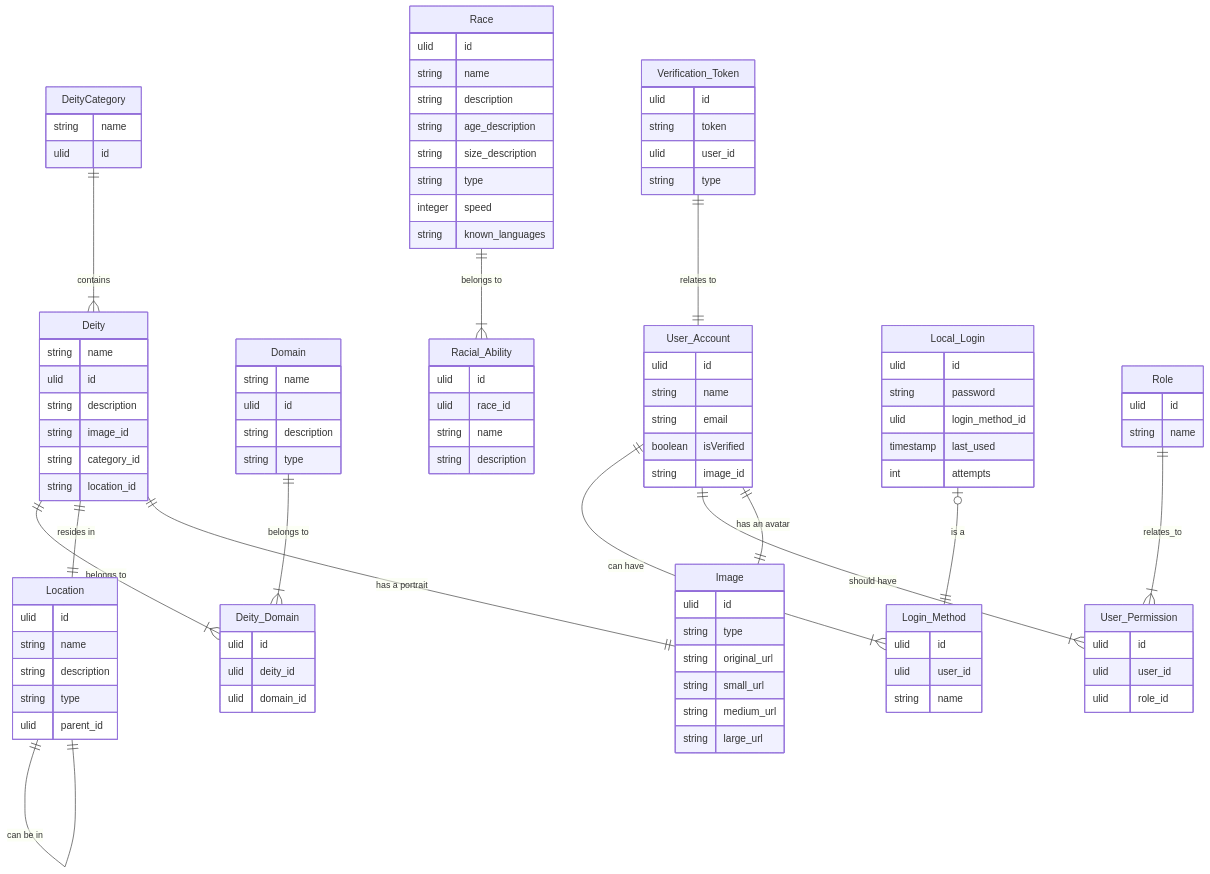
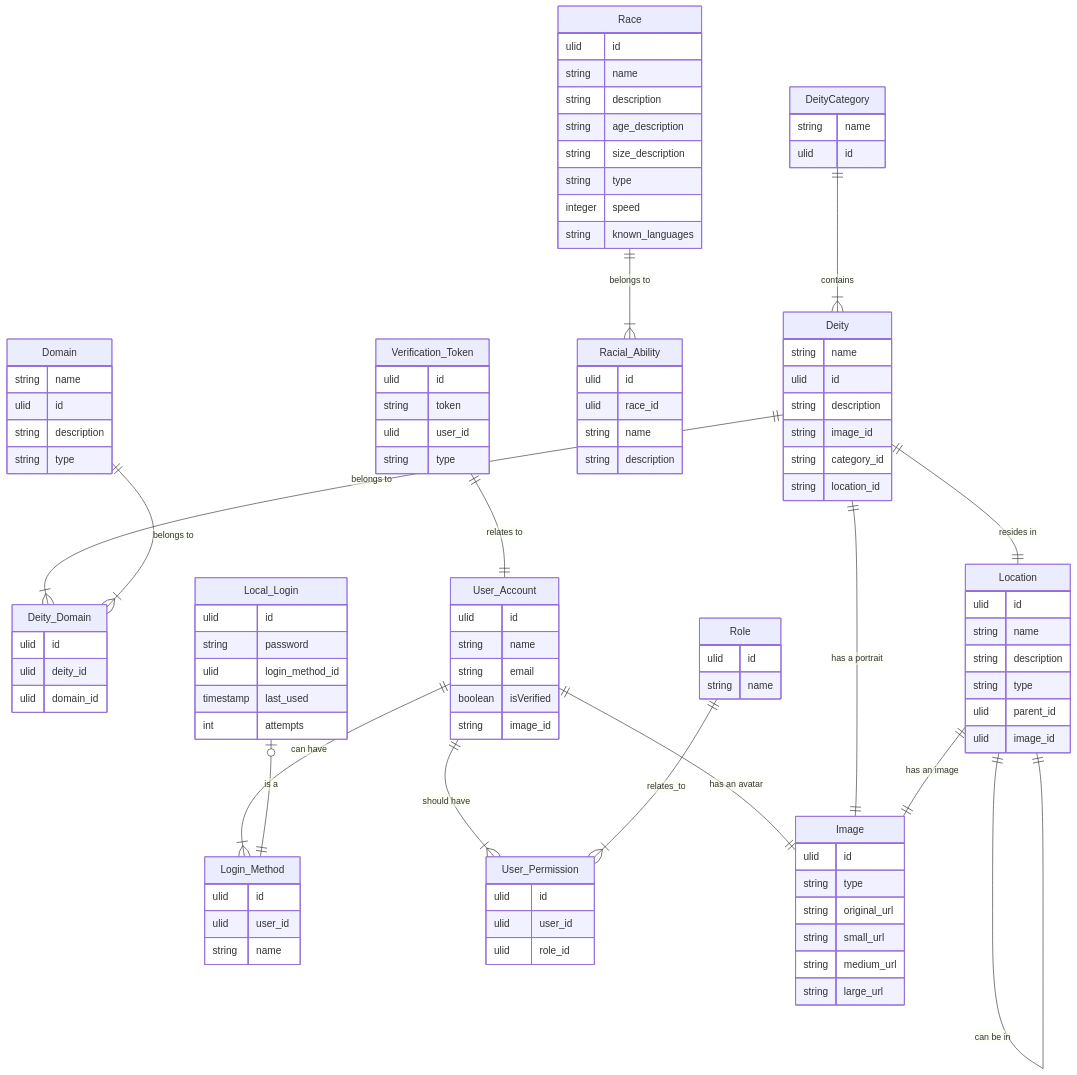
Before and after one commit to jmcdo29/unteris: the diagram in libs/db/migrations/diagram.mmd, drawn with Mermaid. The commit also changed 2 other files, not shown here.

Commit message:
docs: update db chart

```diff
--- a/libs/db/migrations/diagram.mmd
+++ b/libs/db/migrations/diagram.mmd
@@ -1,102 +1,104 @@
 erDiagram
     DeityCategory ||--|{ Deity : "contains"
     Deity ||--|{ Deity_Domain : "belongs to"
     Domain ||--|{ Deity_Domain : "belongs to"
     Deity ||--|| Location : "resides in"
     Race ||--|{ Racial_Ability : "belongs to"
     User_Account ||--|{ Login_Method : "can have"
     Local_Login |o--|| Login_Method : "is a"
     User_Account ||--|{ User_Permission : "should have"
     Verification_Token ||--|| User_Account : "relates to"
     Role ||--|{ User_Permission : "relates_to"
     User_Account ||--|| Image : "has an avatar"
     Deity ||--|| Image : "has a portrait"
     Location ||--|| Location : "can be in"
+    Location ||--||Image : "has an image"
     DeityCategory {
         string name
         ulid id
     }
     Deity {
         string name
         ulid id
         string description
         string image_id
         string category_id
         string location_id
     }
     Domain {
         string name
         ulid id
         string description
         string type
     }
     Deity_Domain {
         ulid id
         ulid deity_id
         ulid domain_id
     }
     Location {
         ulid id
         string name
         string description
         string type
         ulid parent_id
+        ulid image_id
     }
     Race {
         ulid id
         string name
         string description
         string age_description
         string size_description
         string type
         integer speed
         string known_languages
     }
     Racial_Ability {
         ulid id
         ulid race_id
         string name
         string description
     }
     User_Account {
         ulid id
         string name
         string email
         boolean isVerified
         string image_id
     }
     User_Permission {
         ulid id
         ulid user_id
         ulid role_id
     }
     Login_Method {
         ulid id
         ulid user_id
         string name
     }
     Local_Login {
         ulid id
         string password
         ulid login_method_id
         timestamp last_used
         int attempts
     }
     Role {
         ulid id
         string name
     }
     Verification_Token {
         ulid id
         string token
         ulid user_id
         string type
     }
     Image {
         ulid id
         string type
         string original_url
         string small_url
         string medium_url
         string large_url
     }
```
